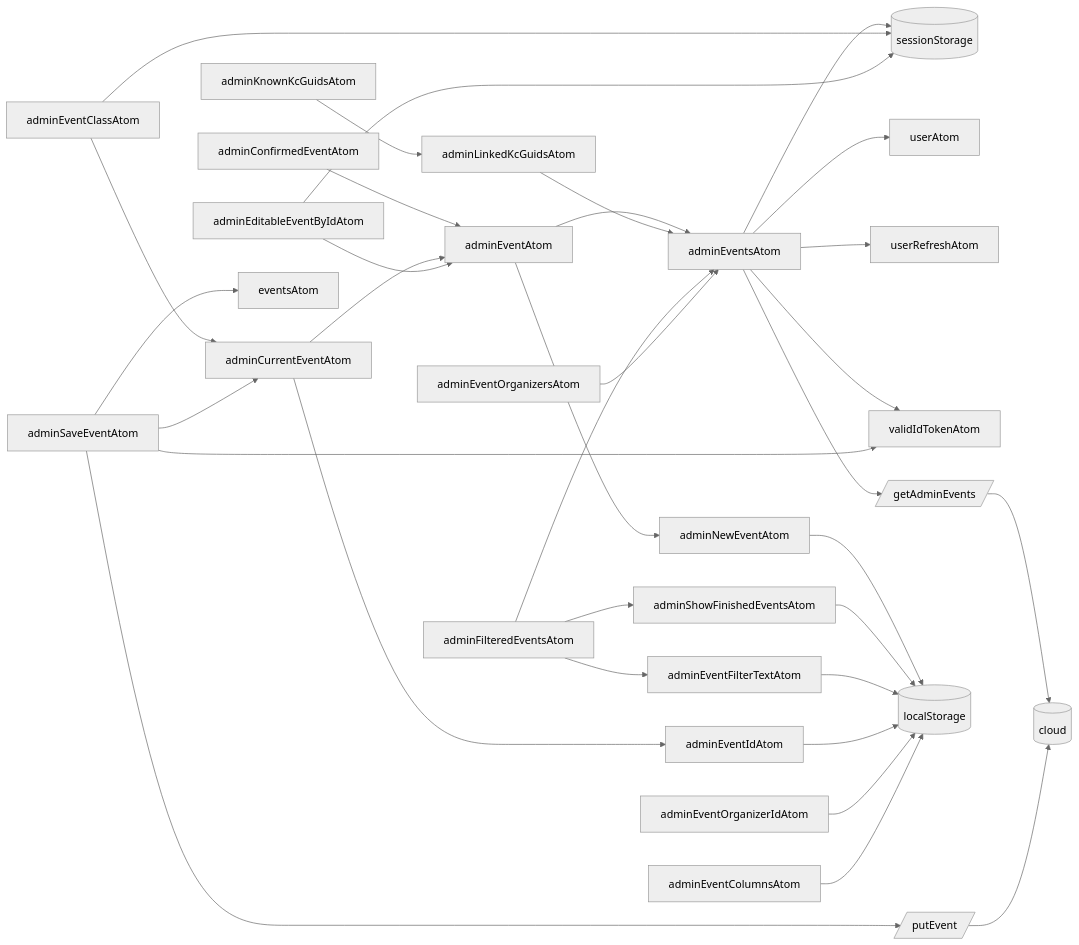
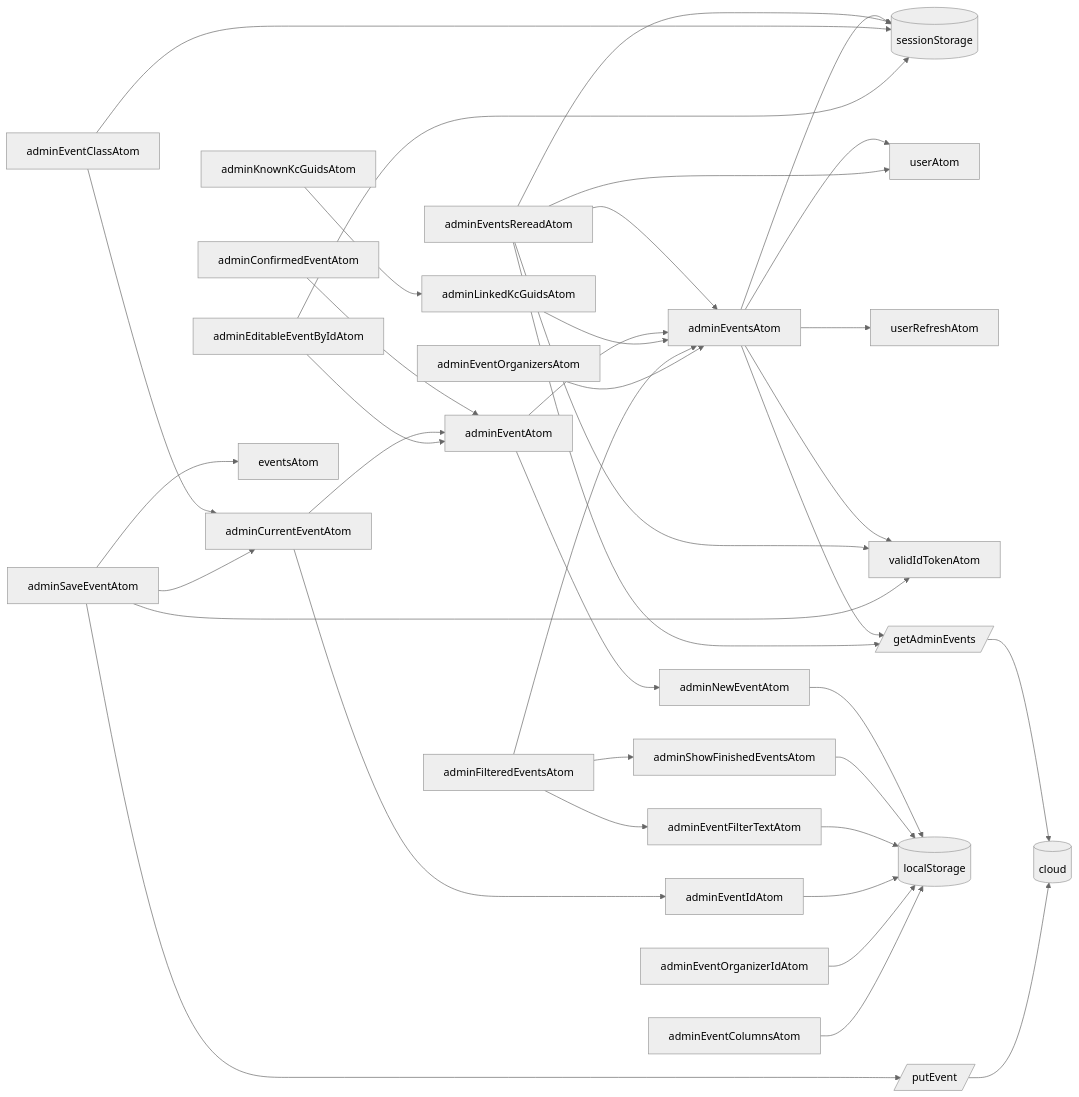
Before and after one commit to koekalenteri/koekalenteri: the fourth of 12 diagrams in src/pages/admin/state/README.md, drawn with Mermaid (neutral theme). The commit also changed other lines of this file and 18 other files, not shown here.

````diff
--- a/src/pages/admin/state/README.md
+++ b/src/pages/admin/state/README.md
@@ -113,48 +128,53 @@
 ```mermaid
 graph LR
   adminEventsAtom-->sessionStorage
   adminEventsAtom-->userAtom
   adminEventsAtom-->userRefreshAtom
   adminEventsAtom-->validIdTokenAtom
   adminEventsAtom-->getAdminEvents[/getAdminEvents/]-->aws
+  adminEventsRereadAtom-->adminEventsAtom
+  adminEventsRereadAtom-->sessionStorage
+  adminEventsRereadAtom-->userAtom
+  adminEventsRereadAtom-->validIdTokenAtom
+  adminEventsRereadAtom-->getAdminEvents
 
   adminNewEventAtom-->localStorage
   adminShowFinishedEventsAtom-->localStorage
   adminEventFilterTextAtom-->localStorage
   adminEventIdAtom-->localStorage
   adminEventOrganizerIdAtom-->localStorage
   adminEventColumnsAtom-->localStorage
 
   localStorage[(localStorage)]
   sessionStorage[(sessionStorage)]
 
   adminEventAtom-->adminNewEventAtom
   adminEventAtom-->adminEventsAtom
 
   adminLinkedKcGuidsAtom-->adminEventsAtom
   adminKnownKcGuidsAtom-->adminLinkedKcGuidsAtom
 
   adminConfirmedEventAtom-->adminEventAtom
 
   adminCurrentEventAtom-->adminEventIdAtom
   adminCurrentEventAtom-->adminEventAtom
 
   adminFilteredEventsAtom-->adminEventsAtom
   adminFilteredEventsAtom-->adminEventFilterTextAtom
   adminFilteredEventsAtom-->adminShowFinishedEventsAtom
 
   adminEventOrganizersAtom-->adminEventsAtom
 
   adminEventClassAtom-->sessionStorage
   adminEventClassAtom-->adminCurrentEventAtom
 
   adminEditableEventByIdAtom-->sessionStorage
   adminEditableEventByIdAtom-->adminEventAtom
 
   adminSaveEventAtom-->adminCurrentEventAtom
   adminSaveEventAtom-->validIdTokenAtom
   adminSaveEventAtom-->eventsAtom
   adminSaveEventAtom-->putEvent[/putEvent/]-->aws
 
   aws[(cloud)]
 ```
````
